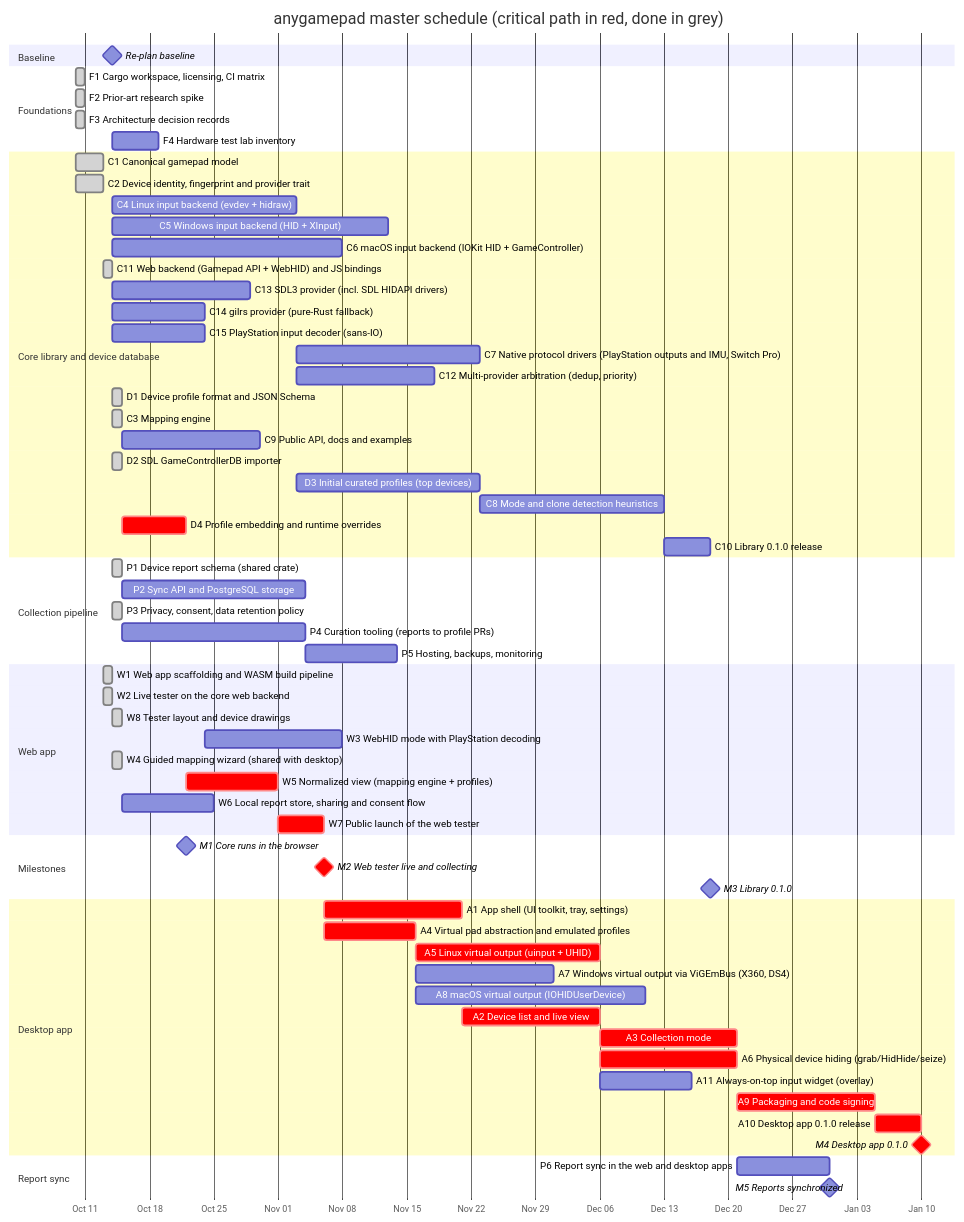
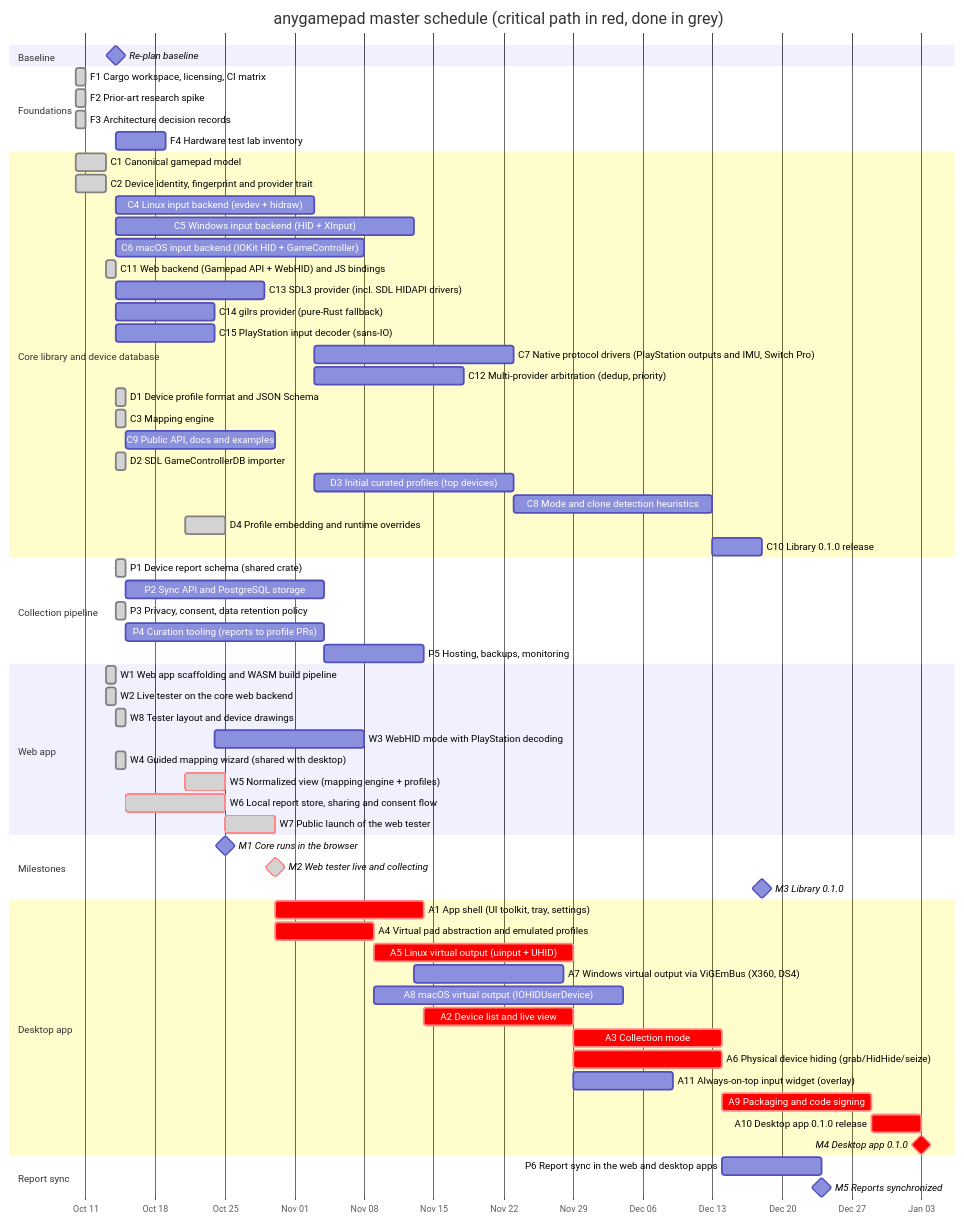
Before and after one commit to anygamepad/anygamepad.github.io: the second of 3 diagrams in ROADMAP/2026-10-14/README.md, drawn with Mermaid. The commit also changed other lines of this file and 34 other files, not shown here.

Commit message:
feat: implement in-memory device database with embedded profiles and runtime overrides

````diff
--- a/ROADMAP/2026-10-14/README.md
+++ b/ROADMAP/2026-10-14/README.md
@@ -201,68 +206,68 @@
 ```mermaid
 gantt
     dateFormat YYYY-MM-DD
     axisFormat %b %d
     title anygamepad master schedule (critical path in red, done in grey)
     section Baseline
     Re-plan baseline :milestone, t0, 2026-10-14, 0d
     section Foundations
     F1 Cargo workspace, licensing, CI matrix :done, f1, 2026-10-10, 1d
     F2 Prior-art research spike :done, f2, 2026-10-10, 1d
     F3 Architecture decision records :done, f3, 2026-10-10, 1d
     F4 Hardware test lab inventory :f4, after f2 t0, 5d
     section Core library and device database
     C1 Canonical gamepad model :done, c1, 2026-10-10, 3d
     C2 Device identity, fingerprint and provider trait :done, c2, 2026-10-10, 3d
     C4 Linux input backend (evdev + hidraw) :c4, after c1 c2 t0, 20d
     C5 Windows input backend (HID + XInput) :c5, after c1 c2 t0, 30d
     C6 macOS input backend (IOKit HID + GameController) :c6, after c1 c2 t0, 25d
     C11 Web backend (Gamepad API + WebHID) and JS bindings :done, c11, 2026-10-13, 1d
     C13 SDL3 provider (incl. SDL HIDAPI drivers) :c13, after c1 c2 t0, 15d
     C14 gilrs provider (pure-Rust fallback) :c14, after c1 c2 t0, 10d
     C15 PlayStation input decoder (sans-IO) :c15, after c1 c2 t0, 10d
     C7 Native protocol drivers (PlayStation outputs and IMU, Switch Pro) :c7, after c4 c15, 20d
     C12 Multi-provider arbitration (dedup, priority) :c12, after c4 c13, 15d
     D1 Device profile format and JSON Schema :done, d1, 2026-10-14, 1d
     C3 Mapping engine :done, c3, 2026-10-14, 1d
     C9 Public API, docs and examples :c9, after c3, 15d
     D2 SDL GameControllerDB importer :done, d2, 2026-10-14, 1d
     D3 Initial curated profiles (top devices) :d3, after d1 c4 f4, 20d
     C8 Mode and clone detection heuristics :c8, after c3 c4 d3, 20d
-    D4 Profile embedding and runtime overrides :crit, d4, after d1 c3, 7d
+    D4 Profile embedding and runtime overrides :done, d4, 2026-10-21, 4d
     C10 Library 0.1.0 release :c10, after c5 c6 c7 c8 c9 c11 c12 c14 d4, 5d
     section Collection pipeline
     P1 Device report schema (shared crate) :done, p1, 2026-10-14, 1d
     P2 Sync API and PostgreSQL storage :p2, after p1 t0, 20d
     P3 Privacy, consent, data retention policy :done, p3, 2026-10-14, 1d
     P4 Curation tooling (reports to profile PRs) :p4, after p1 d1 t0, 20d
     P5 Hosting, backups, monitoring :p5, after p2, 10d
     section Web app
     W1 Web app scaffolding and WASM build pipeline :done, w1, 2026-10-13, 1d
     W2 Live tester on the core web backend :done, w2, 2026-10-13, 1d
     W8 Tester layout and device drawings :done, w8, 2026-10-14, 1d
     W3 WebHID mode with PlayStation decoding :w3, after w2 c15 w8, 15d
     W4 Guided mapping wizard (shared with desktop) :done, w4, 2026-10-14, 1d
-    W5 Normalized view (mapping engine + profiles) :crit, w5, after w2 c3 d2 d4, 10d
-    W6 Local report store, sharing and consent flow :w6, after w4 p1 p3, 10d
-    W7 Public launch of the web tester :crit, w7, after w5 w6, 5d
+    W5 Normalized view (mapping engine + profiles) :crit, done, w5, 2026-10-21, 4d
+    W6 Local report store, sharing and consent flow :crit, done, w6, after w4 p1 p3, 10d
+    W7 Public launch of the web tester :crit, done, w7, after w5 w6, 5d
     section Milestones
     M1 Core runs in the browser :milestone, m1, after c3 c11 d4, 0d
-    M2 Web tester live and collecting :milestone, crit, m2, after w7, 0d
+    M2 Web tester live and collecting :milestone, crit, done, m2, after w7, 0d
     M3 Library 0.1.0 :milestone, m3, after c10, 0d
     section Desktop app
     A1 App shell (UI toolkit, tray, settings) :crit, a1, after f3 m2, 15d
     A4 Virtual pad abstraction and emulated profiles :crit, a4, after c1 m2, 10d
     A5 Linux virtual output (uinput + UHID) :crit, a5, after a4 c4, 20d
     A7 Windows virtual output via ViGEmBus (X360, DS4) :a7, after a4 c5, 15d
     A8 macOS virtual output (IOHIDUserDevice) :a8, after a4 c6, 25d
     A2 Device list and live view :crit, a2, after a1 c4, 15d
     A3 Collection mode :crit, a3, after a2 w4 p1 p3, 15d
     A6 Physical device hiding (grab/HidHide/seize) :crit, a6, after a5 c5 c6, 15d
     A11 Always-on-top input widget (overlay) :a11, after a2, 10d
     A9 Packaging and code signing :crit, a9, after a3 a6 a7 a8 a11, 15d
     A10 Desktop app 0.1.0 release :crit, a10, after a9 c10, 5d
     M4 Desktop app 0.1.0 :milestone, crit, m4, after a10, 0d
     section Report sync
     P6 Report sync in the web and desktop apps :p6, after p2 w6 a3, 10d
     M5 Reports synchronized :milestone, m5, after p5 p6, 0d
 ```
````
